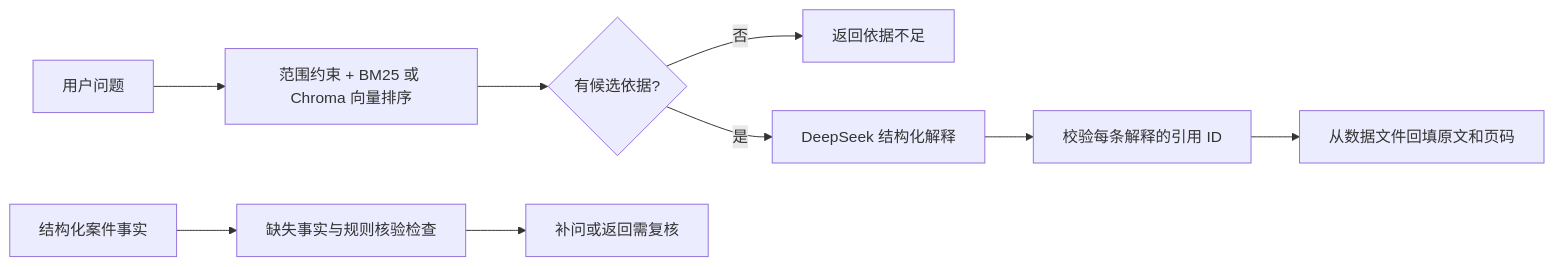
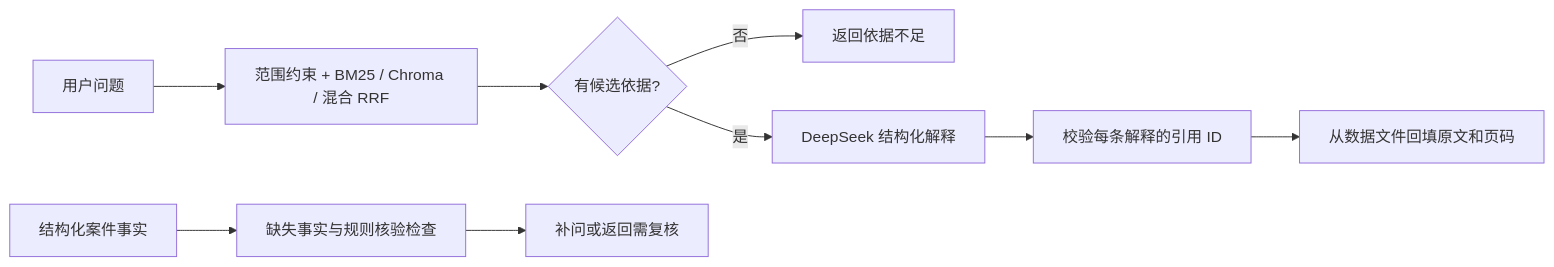
One commit to bathroomking/hubei-transport-law-assistant changed the diagram in README.md. Above: the diagram before and after it, drawn with Mermaid. The commit also changed other lines of this file and 19 other files, not shown here.

````diff
--- a/README.md
+++ b/README.md
@@ -204,11 +207,11 @@
 ```mermaid
 flowchart LR
-  A[用户问题] --> B[范围约束 + BM25 或 Chroma 向量排序]
+  A[用户问题] --> B[范围约束 + BM25 / Chroma / 混合 RRF]
   B --> C{有候选依据?}
   C -- 否 --> D[返回依据不足]
   C -- 是 --> E[DeepSeek 结构化解释]
   E --> F[校验每条解释的引用 ID]
   F --> G[从数据文件回填原文和页码]
   H[结构化案件事实] --> I[缺失事实与规则核验检查]
   I --> J[补问或返回需复核]
 ```
````
